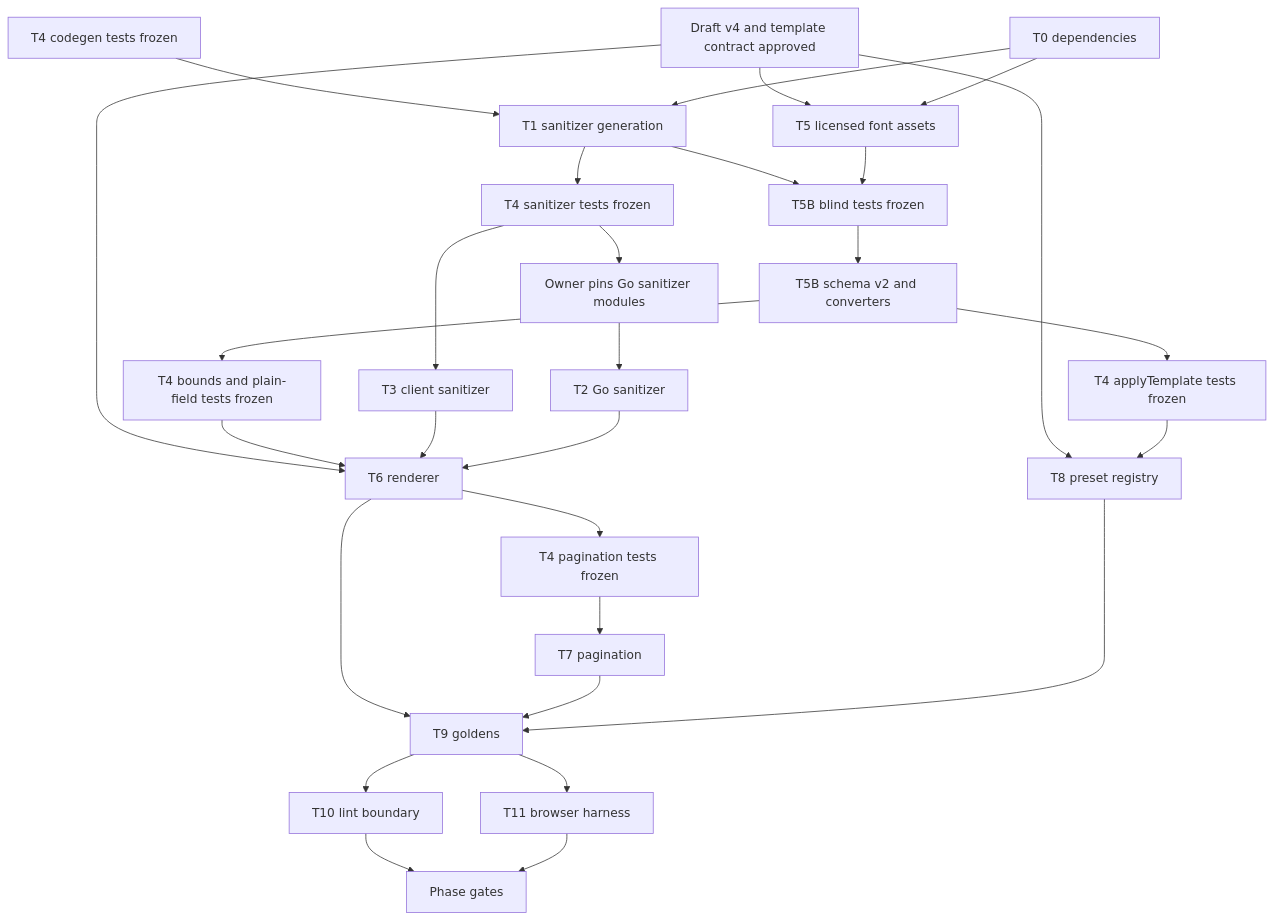
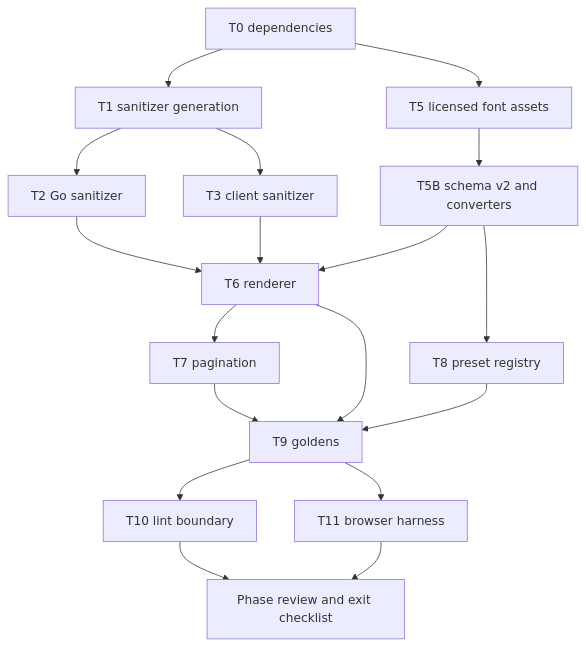
The diagram in docs/plans/phase-3/README.md (dannyota/aboutme), drawn with Mermaid before and after one commit. The commit also changed other lines of this file and 45 other files, not shown here.

````diff
--- a/docs/plans/phase-3/README.md
+++ b/docs/plans/phase-3/README.md
@@ -76,31 +67,20 @@
 ```mermaid
 graph TD
-    AP[Draft v4 and template contract approved] --> T5
-    AP --> T6
-    AP --> T8
-    T4C[T4 codegen tests frozen] --> T1[T1 sanitizer generation]
-    T0[T0 dependencies] --> T1
-    T1 --> T4S[T4 sanitizer tests frozen]
-    T4S --> GM[Owner pins Go sanitizer modules]
-    GM --> T2[T2 Go sanitizer]
-    T4S --> T3[T3 client sanitizer]
+    T0[T0 dependencies] --> T1[T1 sanitizer generation]
+    T1 --> T2[T2 Go sanitizer]
+    T1 --> T3[T3 client sanitizer]
     T0 --> T5[T5 licensed font assets]
-    T1 --> T4V[T5B blind tests frozen]
-    T5 --> T4V
-    T4V --> T5B[T5B schema v2 and converters]
-    T5B --> T4R[T4 bounds and plain-field tests frozen]
-    T5B --> T4A[T4 applyTemplate tests frozen]
-    T4R --> T6[T6 renderer]
+    T5 --> T5B[T5B schema v2 and converters]
+    T5B --> T6[T6 renderer]
+    T2 --> T6
     T3 --> T6
-    T2 --> T6
-    T6 --> T4P[T4 pagination tests frozen]
-    T4P --> T7[T7 pagination]
-    T4A --> T8[T8 preset registry]
+    T6 --> T7[T7 pagination]
+    T5B --> T8[T8 preset registry]
     T6 --> T9[T9 goldens]
     T7 --> T9
     T8 --> T9
     T9 --> T10[T10 lint boundary]
     T9 --> T11[T11 browser harness]
-    T10 --> G[Phase gates]
+    T10 --> G[Phase review and exit checklist]
     T11 --> G
 ```
````
